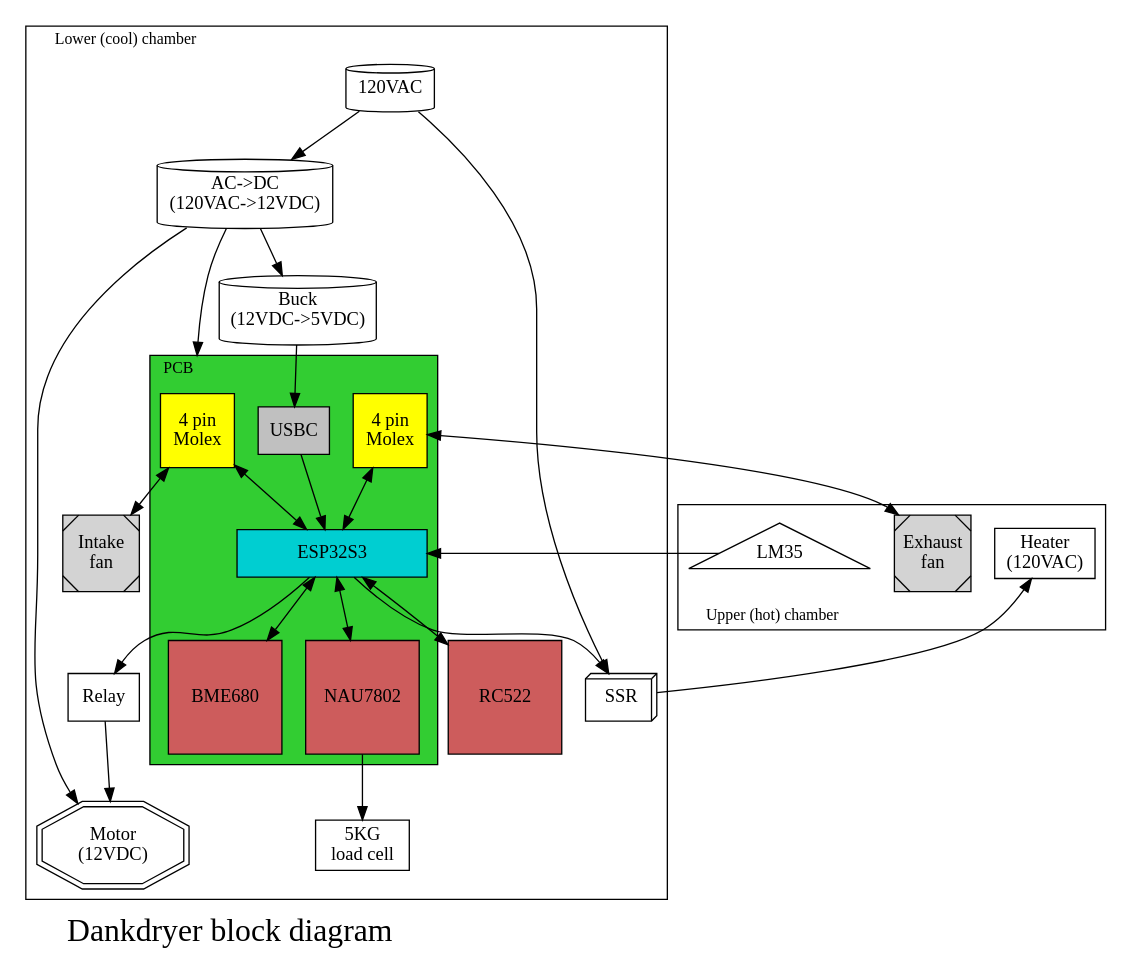
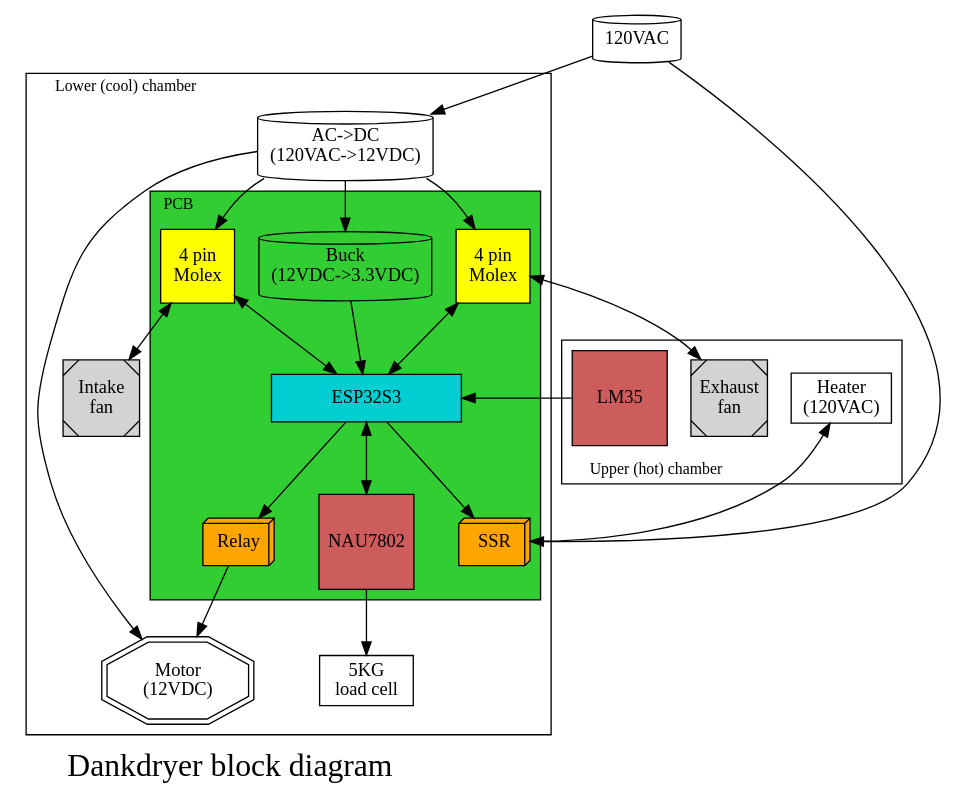
The diagram in blockdiagram.dot (dankamongmen/dankdryer), drawn with Graphviz before and after one commit.

Commit message:
update block diagram

```diff
--- a/blockdiagram.dot
+++ b/blockdiagram.dot
@@ -1,70 +1,66 @@
 digraph blockdiagram {
   compound=true; // for links between subgraphs
   node [ fontname="Gentium Book Plus" ]
   label="Dankdryer block diagram"
   fontsize=24
   labeljust = l
 
   subgraph clusterLower {
     fontsize=12
 
     subgraph clusterPCB {
       label = "PCB"
       labelloc = t
       style = filled
       fillcolor = limegreen
       ESP32S3 [ shape=rectangle width=2 fixedsize=true fillcolor=darkturquoise style=filled ]
       Molex1  [ shape=square fillcolor=yellow style=filled label="4 pin\nMolex" ]
       Molex2  [ shape=square fillcolor=yellow style=filled label="4 pin\nMolex" ]
       //TB6612FNG [ shape=square width=1.2 fillcolor=indianred style=filled fixedsize=true ]
-      BME680 [ shape=square width=1.2 fillcolor=indianred style=filled fixedsize=true ]
-      NAU7802 [ shape=square width=1.2 fillcolor=indianred style=filled fixedsize=true ]
-      USBC [ shape=rectangle fillcolor=silver style=filled ]
+      NAU7802 [ shape=square width=1 fillcolor=indianred style=filled fixedsize=true ]
       Molex1 -> ESP32S3 [ dir=both ]
       Molex2 -> ESP32S3 [ dir=both ]
-      USBC -> ESP32S3
-      ESP32S3 -> BME680 [ dir=both ]
+      Buck -> ESP32S3
       ESP32S3 -> NAU7802 [ dir=both ]
+      Buck [ shape=cylinder label="Buck\n(12VDC->3.3VDC)" ]
+      SSR [ shape=box3d fillcolor=orange style=filled ]
+      ESP32S3 -> SSR
+      Relay [ shape=box3d fillcolor=orange style=filled ]
+      ESP32S3 -> Relay
     }
 
     Motor [ shape=doubleoctagon label="Motor\n(12VDC)" ]
     Fan1 [ shape=Msquare width=0.8 label="Intake\nfan" bgcolor=black style=filled fixedsize=true ]
     //TB6612FNG -> Motor
     label = "Lower (cool) chamber"
-    RC522 [ shape=square fillcolor=indianred style=filled width=1.2 fixedsize=true ]
-    ESP32S3 -> RC522 [ dir=both ]
     ACAdapter [ shape=cylinder label="AC->DC\n(120VAC->12VDC)" ]
-    Buck [ shape=cylinder label="Buck\n(12VDC->5VDC)" ]
     ACAdapter -> Buck
     ACAdapter -> Motor
-    ACAdapter -> Molex1 [ lhead=clusterPCB ]
-    AC [ shape=cylinder label="120VAC" ]
-    AC -> SSR
-    AC -> ACAdapter
-    Buck -> USBC
-    Relay [ shape=rectangle ]
+    ACAdapter -> Molex1
+    ACAdapter -> Molex2
     Relay -> Motor
-    ESP32S3 -> Relay
-    SSR [ shape=box3d ]
     LoadCell [ shape=rectangle fillcolor=grey label="5KG\nload cell" ]
     NAU7802 -> LoadCell
 
   }
 
   subgraph clusterUpper {
     fontsize=12
     labelloc=b
 
     Heater [ shape=rectangle label="Heater\n(120VAC)" ]
     Fan2 [ shape=Msquare width=0.8 label="Exhaust\nfan" bgcolor=black style=filled fixedsize=true ]
-    LM35 [ shape=triangle ]
+    LM35 [ shape=square fillcolor=indianred style=filled width=1 fixedsize=true ]
     Molex1 -> Fan1 [ dir=both ]
     Molex2 -> Fan2 [ dir=both ]
-    ESP32S3 -> SSR
     SSR -> Heater
     LM35 -> ESP32S3
     label = "Upper (hot) chamber"
 
   }
 
+  AC [ shape=cylinder label="120VAC" ]
+  AC -> SSR
+  AC -> ACAdapter
+
 }
```
